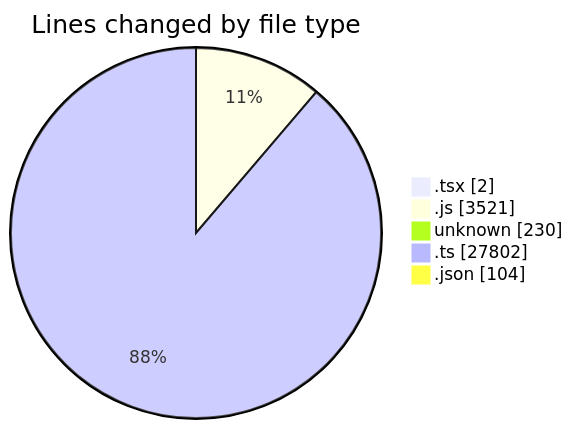
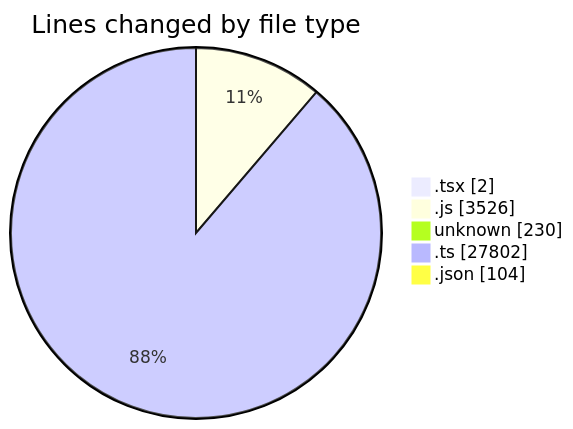
The first of 2 diagrams in 2026-05-06/cda/README.md (momahboobian/code-tracking), drawn with Mermaid before and after one commit. The commit also changed other lines of this file and 1 other file, not shown here.

````diff
--- a/2026-05-06/cda/README.md
+++ b/2026-05-06/cda/README.md
@@ -37,9 +37,9 @@
 ```mermaid
 pie showData
 title Lines changed by file type
 ".tsx" : 2
-".js" : 3521
+".js" : 3526
 "unknown" : 230
 ".ts" : 27802
 ".json" : 104
 ```
````
